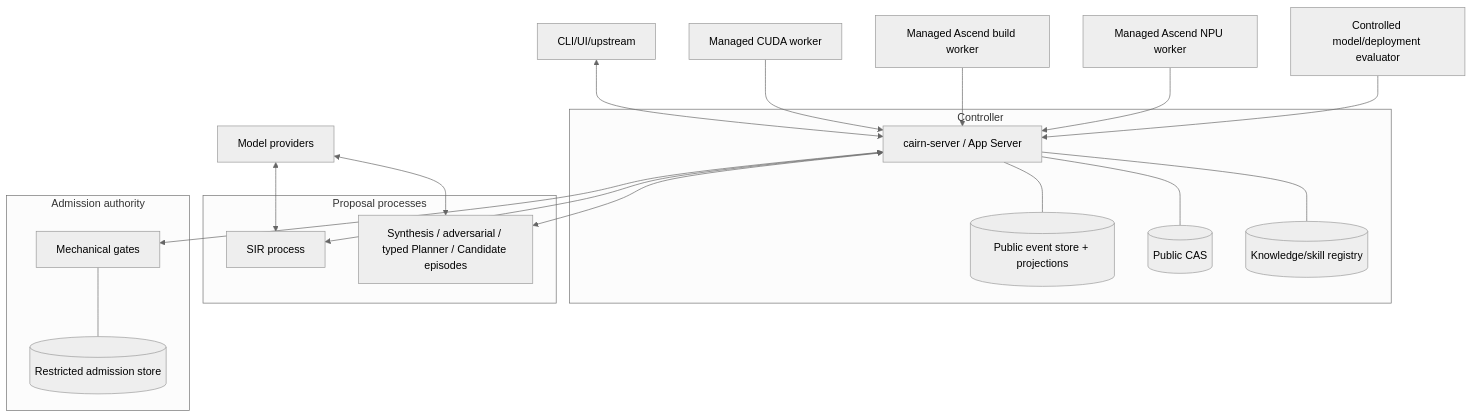
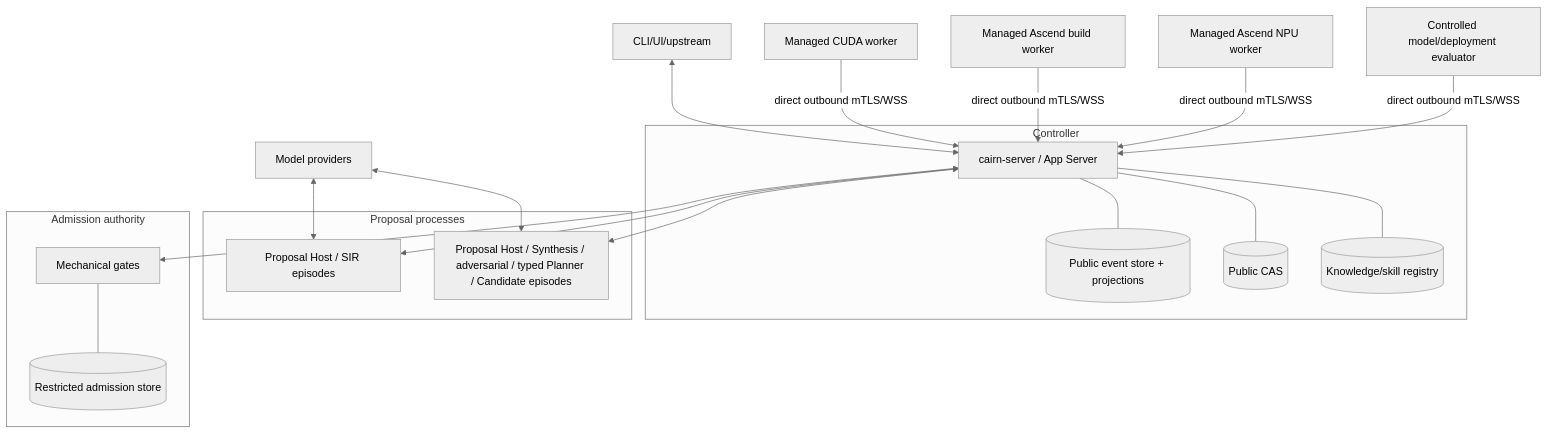
Before and after one commit to ascendresearch/cairn: the fifth of 5 diagrams in docs/SYSTEM_DESIGN.md, drawn with Mermaid (neutral theme). The commit also changed other lines of this file and 18 other files, not shown here.

Commit message:
docs: freeze agent-loop workflow architecture

````diff
--- a/docs/SYSTEM_DESIGN.md
+++ b/docs/SYSTEM_DESIGN.md
@@ -602,34 +607,34 @@
 ```mermaid
 flowchart TB
     subgraph controller["Controller"]
       server["cairn-server / App Server"]
       db[("Public event store + projections")]
       cas[("Public CAS")]
       kb[("Knowledge/skill registry")]
       server --- db
       server --- cas
       server --- kb
     end
 
     subgraph proposal["Proposal processes"]
-      sir["SIR process"]
-      episodes["Synthesis / adversarial / typed Planner / Candidate episodes"]
+      sir["Proposal Host / SIR episodes"]
+      episodes["Proposal Host / Synthesis / adversarial / typed Planner / Candidate episodes"]
     end
 
     subgraph authority["Admission authority"]
       admission["Mechanical gates"]
       restricted[("Restricted admission store")]
       admission --- restricted
     end
 
     client["CLI/UI/upstream"] <--> server
     server <--> sir
     server <--> episodes
     server <--> admission
     model["Model providers"] <--> sir
     model <--> episodes
-    cuda["Managed CUDA worker"] --> server
-    build["Managed Ascend build worker"] --> server
-    npu["Managed Ascend NPU worker"] --> server
-    integration["Controlled model/deployment evaluator"] --> server
+    cuda["Managed CUDA worker"] -->|"direct outbound mTLS/WSS"| server
+    build["Managed Ascend build worker"] -->|"direct outbound mTLS/WSS"| server
+    npu["Managed Ascend NPU worker"] -->|"direct outbound mTLS/WSS"| server
+    integration["Controlled model/deployment evaluator"] -->|"direct outbound mTLS/WSS"| server
 ```
````
